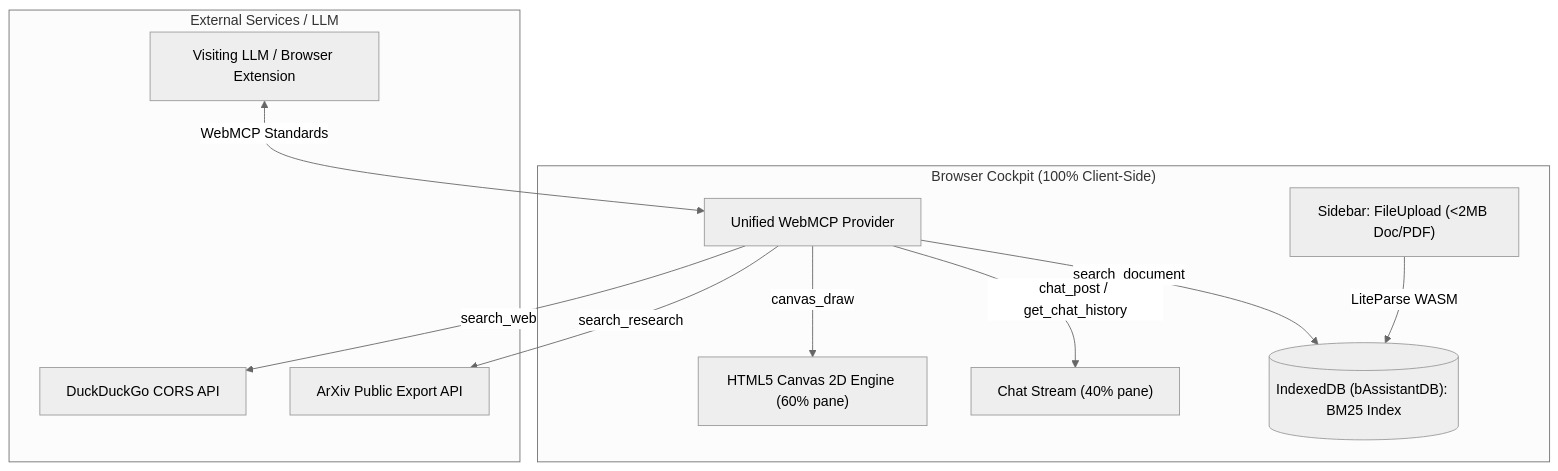
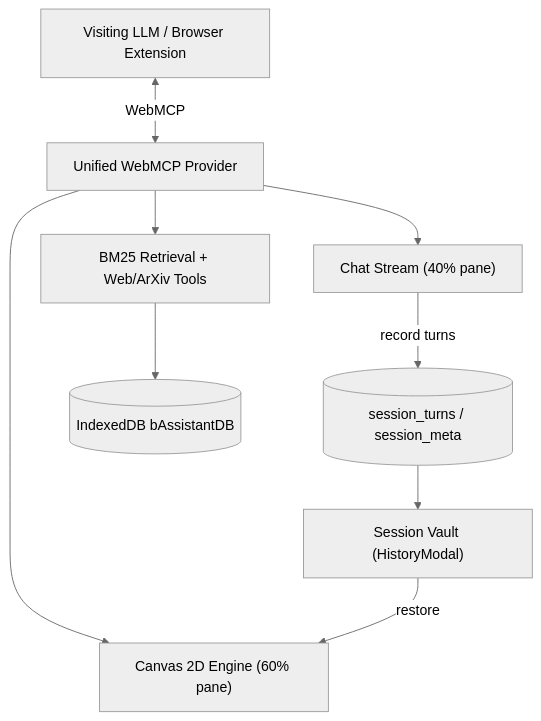
One commit to AmritSDutta/b_aassistant changed the diagram in docs/architecture.mdx. Above: the diagram before and after it, drawn with Mermaid (neutral theme). The commit also changed other lines of this file and 12 other files, not shown here.

````diff
--- a/docs/architecture.mdx
+++ b/docs/architecture.mdx
@@ -10,22 +10,11 @@
 ```mermaid
 flowchart TD
-  subgraph Client["Browser Cockpit (100% Client-Side)"]
-    Sidebar["Sidebar: FileUpload (<2MB Doc/PDF)"]
-    Canvas["HTML5 Canvas 2D Engine (60% pane)"]
-    Chat["Chat Stream (40% pane)"]
-    IDB[("IndexedDB (bAssistantDB): BM25 Index")]
-    Provider["Unified WebMCP Provider"]
-  end
-  subgraph External["External Services / LLM"]
-    LLM["Visiting LLM / Browser Extension"]
-    DDG["DuckDuckGo CORS API"]
-    ArXiv["ArXiv Public Export API"]
-  end
-  Sidebar -->|LiteParse WASM| IDB
-  LLM <-->|WebMCP Standards| Provider
-  Provider -->|search_document| IDB
-  Provider -->|canvas_draw| Canvas
-  Provider -->|chat_post / get_chat_history| Chat
-  Provider -->|search_web| DDG
-  Provider -->|search_research| ArXiv
+  LLM["Visiting LLM / Browser Extension"] <-->|WebMCP| Provider["Unified WebMCP Provider"]
+  Provider --> Chat["Chat Stream (40% pane)"]
+  Provider --> Canvas["Canvas 2D Engine (60% pane)"]
+  Provider --> Data["BM25 Retrieval + Web/ArXiv Tools"]
+  Chat -->|record turns| Sessions[("session_turns / session_meta")]
+  Sessions --> Vault["Session Vault (HistoryModal)"]
+  Vault -->|restore| Canvas
+  Data --> IDB[("IndexedDB bAssistantDB")]
 ```
````
